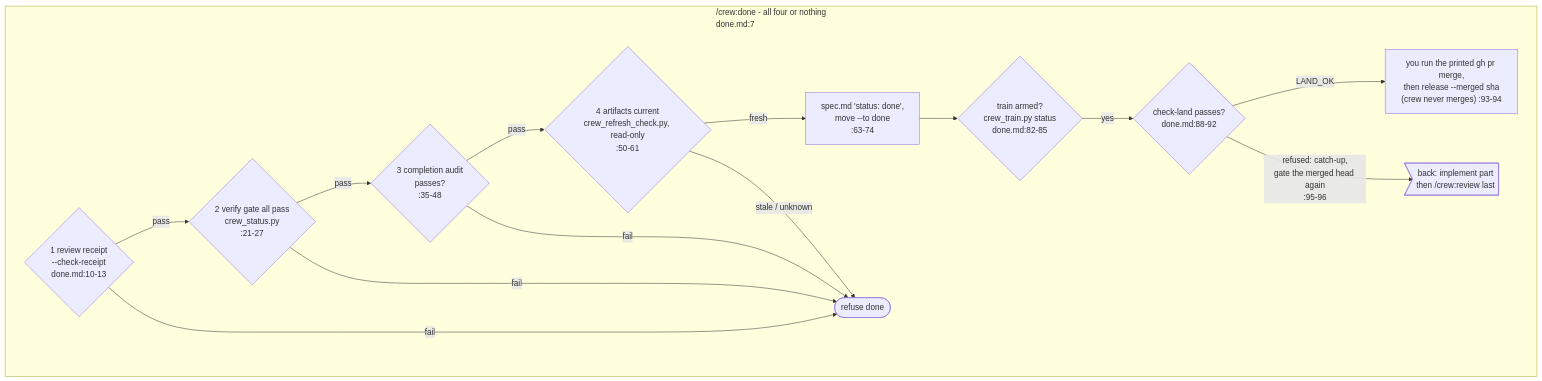
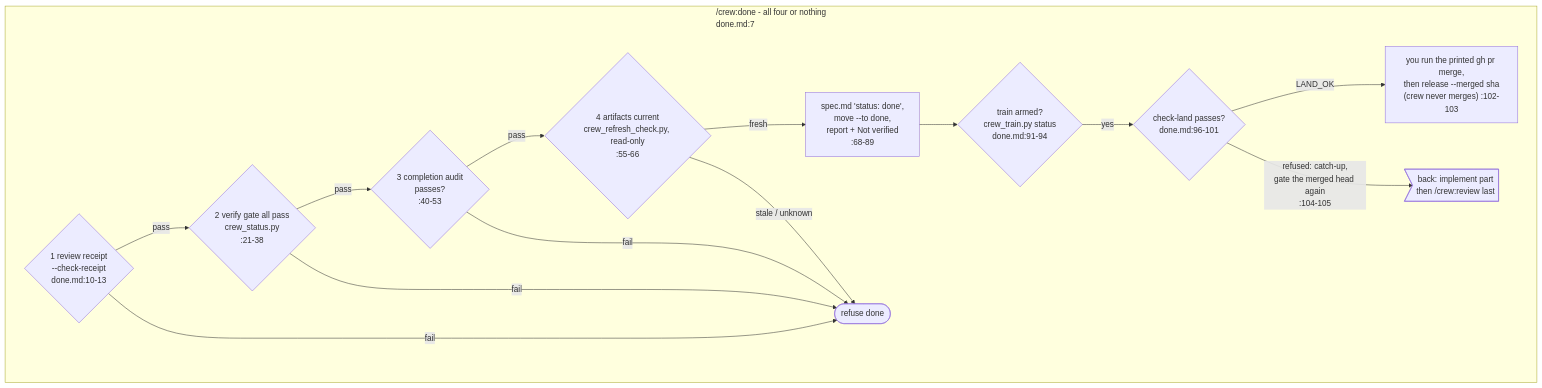
The diagram in docs/diagrams/process-crew-lifecycle-done.mmd (mbadali25/useful-claude-add-ons), drawn with Mermaid before and after one commit. The commit also changed 23 other files, not shown here.

First line of the commit message:
T-0041: refresh code maps, diagrams, QA page and rules

```diff
--- a/docs/diagrams/process-crew-lifecycle-done.mmd
+++ b/docs/diagrams/process-crew-lifecycle-done.mmd
@@ -1,39 +1,43 @@
-%% Generated from useful-claude-add-ons@f808e5f0 on 2026-10-03. Verify before trusting.
+%% Generated from useful-claude-add-ons@69de978c on 2026-10-04. Verify before trusting.
 %% Anchors: plugin/crew/commands/done.md, plugin/crew/hooks/scripts/crew_ticket.py, plugin/crew/hooks/scripts/completion_audit.py, plugin/crew/hooks/scripts/crew_refresh_check.py, plugin/crew/hooks/scripts/crew_tracker.py, plugin/crew/hooks/scripts/crew_train.py
 %% Purpose: /crew:done's four checks, all of which must pass before the ticket is marked done, and the optional landing through the merge train.
 %% One part of the crew lifecycle; process-crew-lifecycle.mmd is the overview and keeps the re-anchor history.
 %% Arrow-shaped nodes ("next:" / "back:" / "again:") stand for a node drawn in the named part.
 %% --
 %% Every node cites the command file's own line; files are named repo-relative
 %% here and by basename in the nodes (all under plugin/crew/commands/ unless
 %% named otherwise):
 %%   plugin/crew/commands/done.md:7 all four checks must pass; :10-13 check 1
-%%     review receipt (--check-receipt); :21-29 check 2 verify gate via
-%%     crew_status.py; :37-40 check 3 completion audit (:45-50: a refresh artifact
-%%     not admitted is listed with its reason); :52-63 check 4
-%%     crew_refresh_check.py (:55), read-only, refuses on stale/unknown and never
-%%     refreshes; :65-71 all pass -> spec.md `status: done`, keeping the approval
-%%     (:67-68), then crew_tracker.py move --to done (:69); :76 crew_metrics record.
+%%     review receipt (--check-receipt); :21-38 check 2 verify gate via
+%%     crew_status.py (:27); :40-43 check 3 completion audit (:48-53: a refresh artifact
+%%     not admitted is listed with its reason); :55-66 check 4
+%%     crew_refresh_check.py (:58), read-only, refuses on stale/unknown and never
+%%     refreshes; :68-74 all pass -> spec.md `status: done`, keeping the approval
+%%     (:70-71), then crew_tracker.py move --to done (:72); :79 crew_metrics record;
+%%     :86-89 the report, ending with **Not verified:** (T-0041).
+%%   Re-read at 69de978c (T-0041): every done.md citation in this file re-derived
+%%     with grep -n; the f808e5f0 positions below check 2 were already behind the
+%%     file before T-0041, which added step 5 (:86-89) and moved the train by four.
 %% --
 %% Note dn3: (refresh artifacts: re-anchor or regeneration the change reaches)
 %% Note dn4: spec.md 'status: done' (keeps the approval), crew_tracker.py move --to done,
-%%    crew_metrics record
+%%    crew_metrics record, then the report with its Not verified list
 %% Note ln1: crew_train.py check-land: holds the train, merge-tree clean, base unmoved in
 %%    Touch, receipt + gate
 %% Note ln2: --merge --match-head-commit sha
 flowchart TB
     subgraph done["/crew:done - all four or nothing<br/>done.md:7"]
         dn1{"1 review receipt<br/>--check-receipt<br/>done.md:10-13"}
-        dn1 -- pass --> dn2{"2 verify gate all pass<br/>crew_status.py<br/>:21-27"}
-        dn2 -- pass --> dn3{"3 completion audit<br/>passes?<br/>:35-48"}
-        dn3 -- pass --> dn5{"4 artifacts current<br/>crew_refresh_check.py, read-only<br/>:50-61"}
-        dn5 -- fresh --> dn4["spec.md 'status: done',<br/>move --to done<br/>:63-74"]
+        dn1 -- pass --> dn2{"2 verify gate all pass<br/>crew_status.py<br/>:21-38"}
+        dn2 -- pass --> dn3{"3 completion audit<br/>passes?<br/>:40-53"}
+        dn3 -- pass --> dn5{"4 artifacts current<br/>crew_refresh_check.py, read-only<br/>:55-66"}
+        dn5 -- fresh --> dn4["spec.md 'status: done',<br/>move --to done,<br/>report + Not verified<br/>:68-89"]
         dn1 -- fail --> dnx([refuse done])
         dn2 -- fail --> dnx
         dn3 -- fail --> dnx
         dn5 -- "stale / unknown" --> dnx
-        dn4 --> ln0{"train armed?<br/>crew_train.py status<br/>done.md:82-85"}
-        ln0 -- yes --> ln1{"check-land passes?<br/>done.md:88-92"}
-        ln1 -- LAND_OK --> ln2["you run the printed gh pr merge,<br/>then release --merged sha<br/>(crew never merges) :93-94"]
-        ln1 -- "refused: catch-up,<br/>gate the merged head again<br/>:95-96" --> to_im5>"back: implement part<br/>then /crew:review last"]
+        dn4 --> ln0{"train armed?<br/>crew_train.py status<br/>done.md:91-94"}
+        ln0 -- yes --> ln1{"check-land passes?<br/>done.md:96-101"}
+        ln1 -- LAND_OK --> ln2["you run the printed gh pr merge,<br/>then release --merged sha<br/>(crew never merges) :102-103"]
+        ln1 -- "refused: catch-up,<br/>gate the merged head again<br/>:104-105" --> to_im5>"back: implement part<br/>then /crew:review last"]
     end
```
